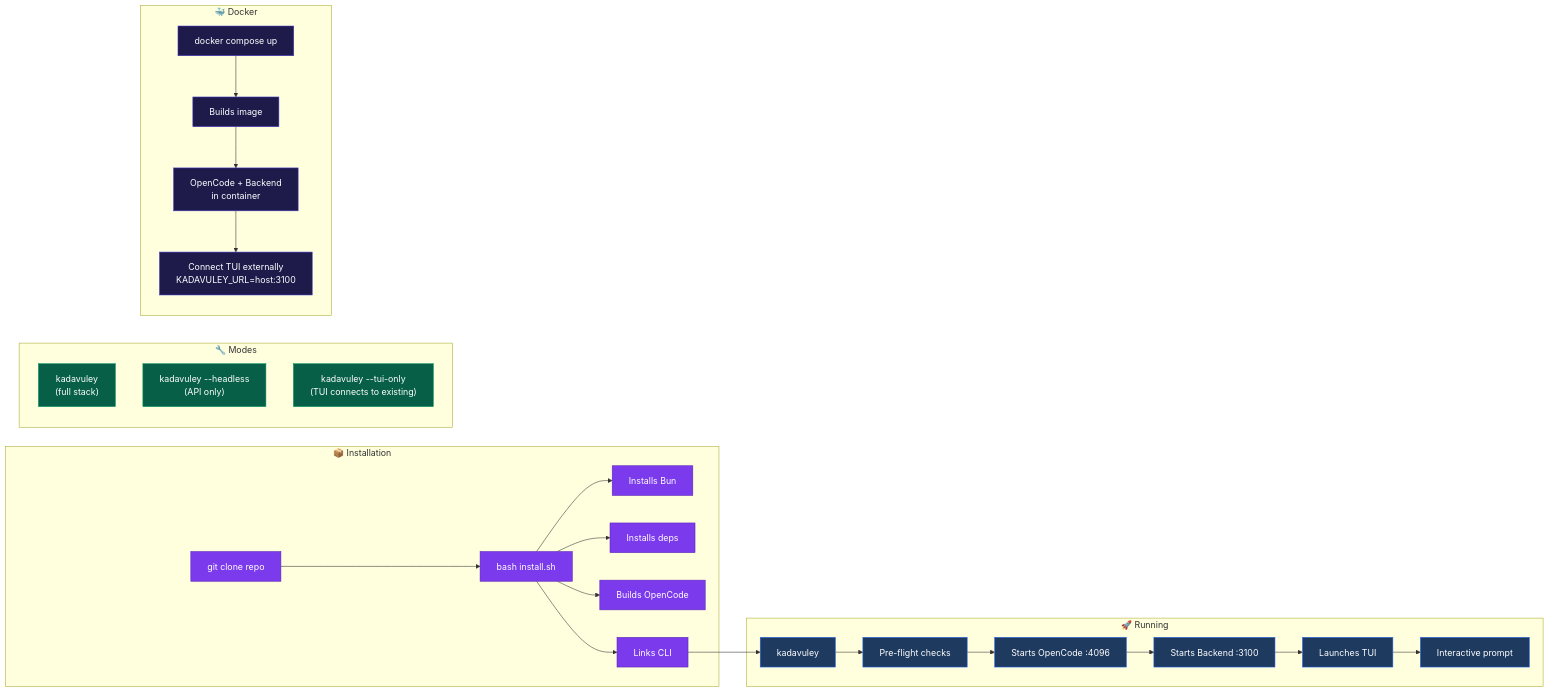
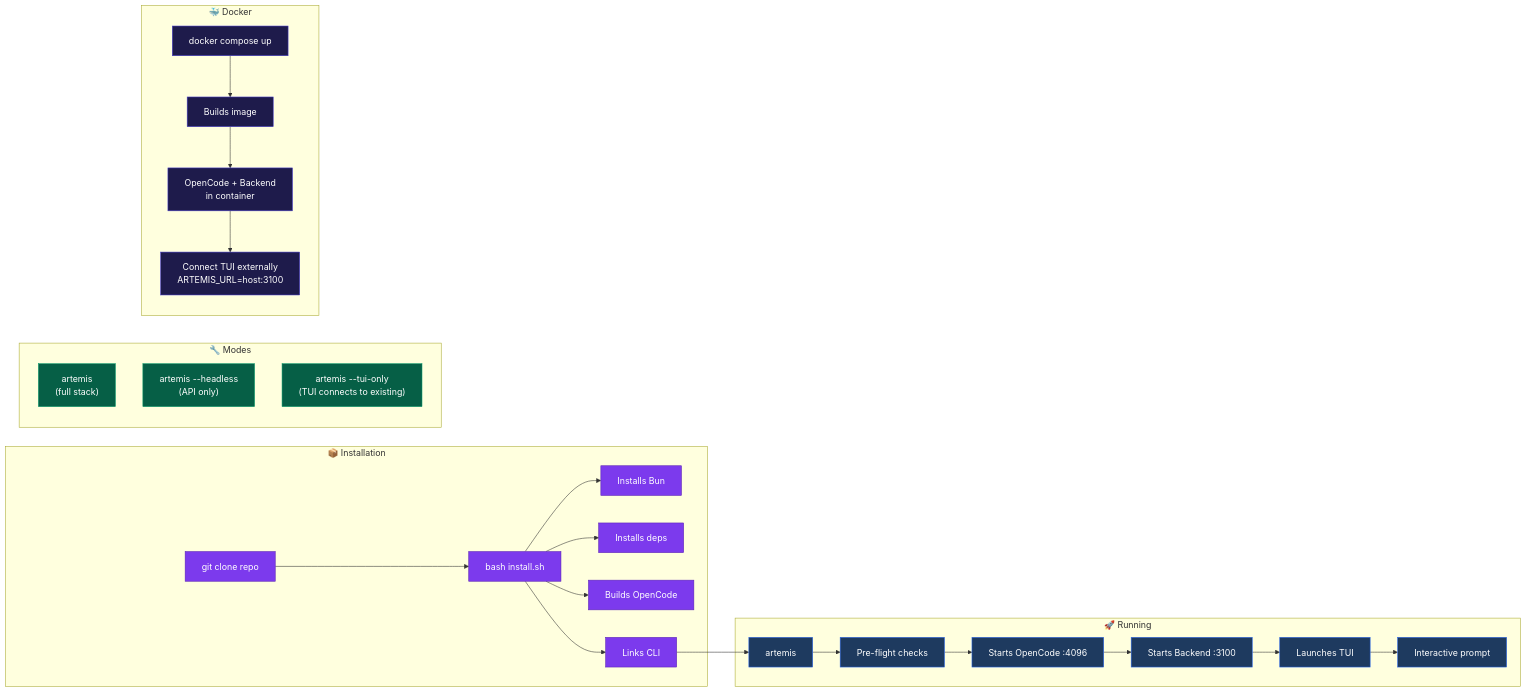
Before and after one commit to TW-10561/AI-Coding-Agent: the diagram in platform/docs/diagrams/03-deployment-workflow.md, drawn with Mermaid. The commit also changed other lines of this file and 20 other files, not shown here.

````diff
--- a/platform/docs/diagrams/03-deployment-workflow.md
+++ b/platform/docs/diagrams/03-deployment-workflow.md
@@ -4,42 +4,42 @@
 ```mermaid
 graph LR
     subgraph Install["📦 Installation"]
         A["git clone repo"] --> B["bash install.sh"]
         B --> C["Installs Bun"]
         B --> D["Installs deps"]
         B --> E["Builds OpenCode"]
         B --> F["Links CLI"]
     end
 
     subgraph Run["🚀 Running"]
-        G["kadavuley"] --> H["Pre-flight checks"]
+        G["artemis"] --> H["Pre-flight checks"]
         H --> I["Starts OpenCode :4096"]
         I --> J["Starts Backend :3100"]
         J --> K["Launches TUI"]
         K --> L["Interactive prompt"]
     end
 
     subgraph Modes["🔧 Modes"]
-        M["kadavuley<br/>(full stack)"]
-        N["kadavuley --headless<br/>(API only)"]
-        O["kadavuley --tui-only<br/>(TUI connects to existing)"]
+        M["artemis<br/>(full stack)"]
+        N["artemis --headless<br/>(API only)"]
+        O["artemis --tui-only<br/>(TUI connects to existing)"]
     end
 
     subgraph Docker["🐳 Docker"]
         P["docker compose up"] --> Q["Builds image"]
         Q --> R["OpenCode + Backend<br/>in container"]
-        R --> S["Connect TUI externally<br/>KADAVULEY_URL=host:3100"]
+        R --> S["Connect TUI externally<br/>ARTEMIS_URL=host:3100"]
     end
 
     F --> G
 
     classDef install fill:#7c3aed,stroke:#5b21b6,color:white
     classDef run fill:#1e3a5f,stroke:#2563eb,color:white
     classDef modes fill:#065f46,stroke:#059669,color:white
     classDef docker fill:#1e1b4b,stroke:#4338ca,color:white
 
     class A,B,C,D,E,F install
     class G,H,I,J,K,L run
     class M,N,O modes
     class P,Q,R,S docker
 ```
````
